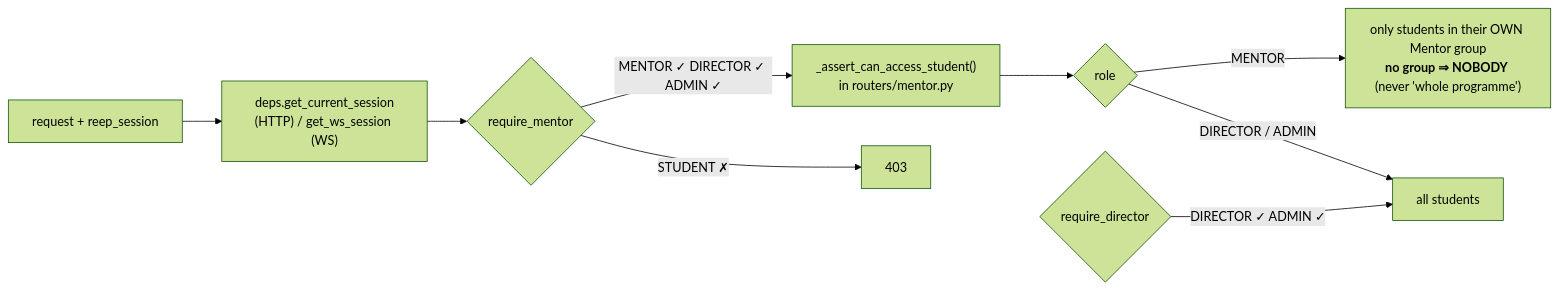
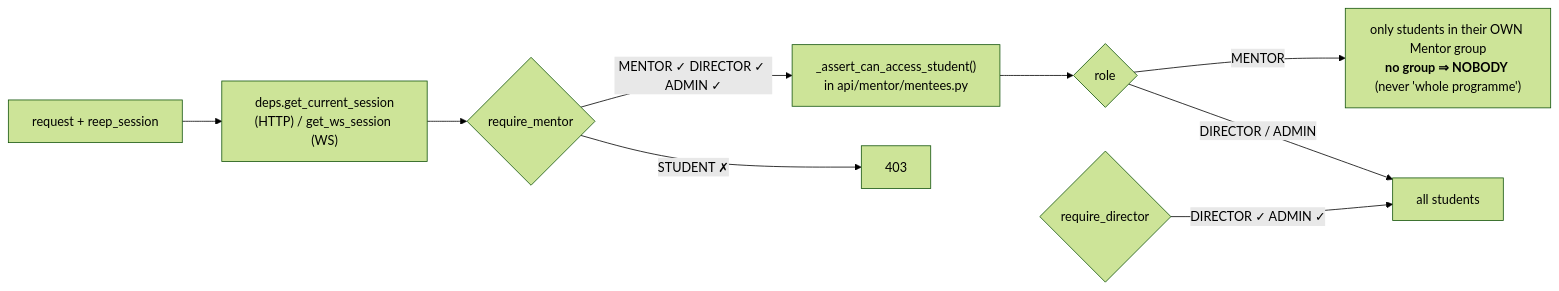
Before and after one commit to darshani8/reep-: the sixth of 13 diagrams in docs/architecture.md, drawn with Mermaid (forest theme). The commit also changed other lines of this file and 177 other files, not shown here.

````diff
--- a/docs/architecture.md
+++ b/docs/architecture.md
@@ -384,11 +384,11 @@
 ```mermaid
 flowchart LR
     RQ["request + reep_session"] --> DP["deps.get_current_session<br/>(HTTP) / get_ws_session (WS)"]
     DP --> RM{"require_mentor"}
-    RM -->|"MENTOR ✓ DIRECTOR ✓ ADMIN ✓"| SC["_assert_can_access_student()<br/>in routers/mentor.py"]
+    RM -->|"MENTOR ✓ DIRECTOR ✓ ADMIN ✓"| SC["_assert_can_access_student()<br/>in api/mentor/mentees.py"]
     RM -->|"STUDENT ✗"| F403["403"]
     SC --> M1{"role"}
     M1 -->|MENTOR| G1["only students in their OWN Mentor group<br/><b>no group ⇒ NOBODY</b> (never 'whole programme')"]
     M1 -->|DIRECTOR / ADMIN| G2["all students"]
     RD{"require_director"} -->|"DIRECTOR ✓ ADMIN ✓"| G2
 ```
````
